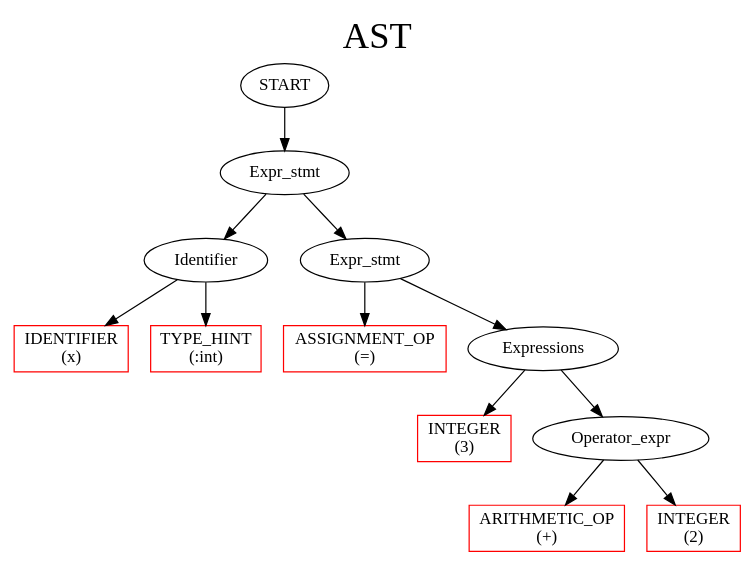
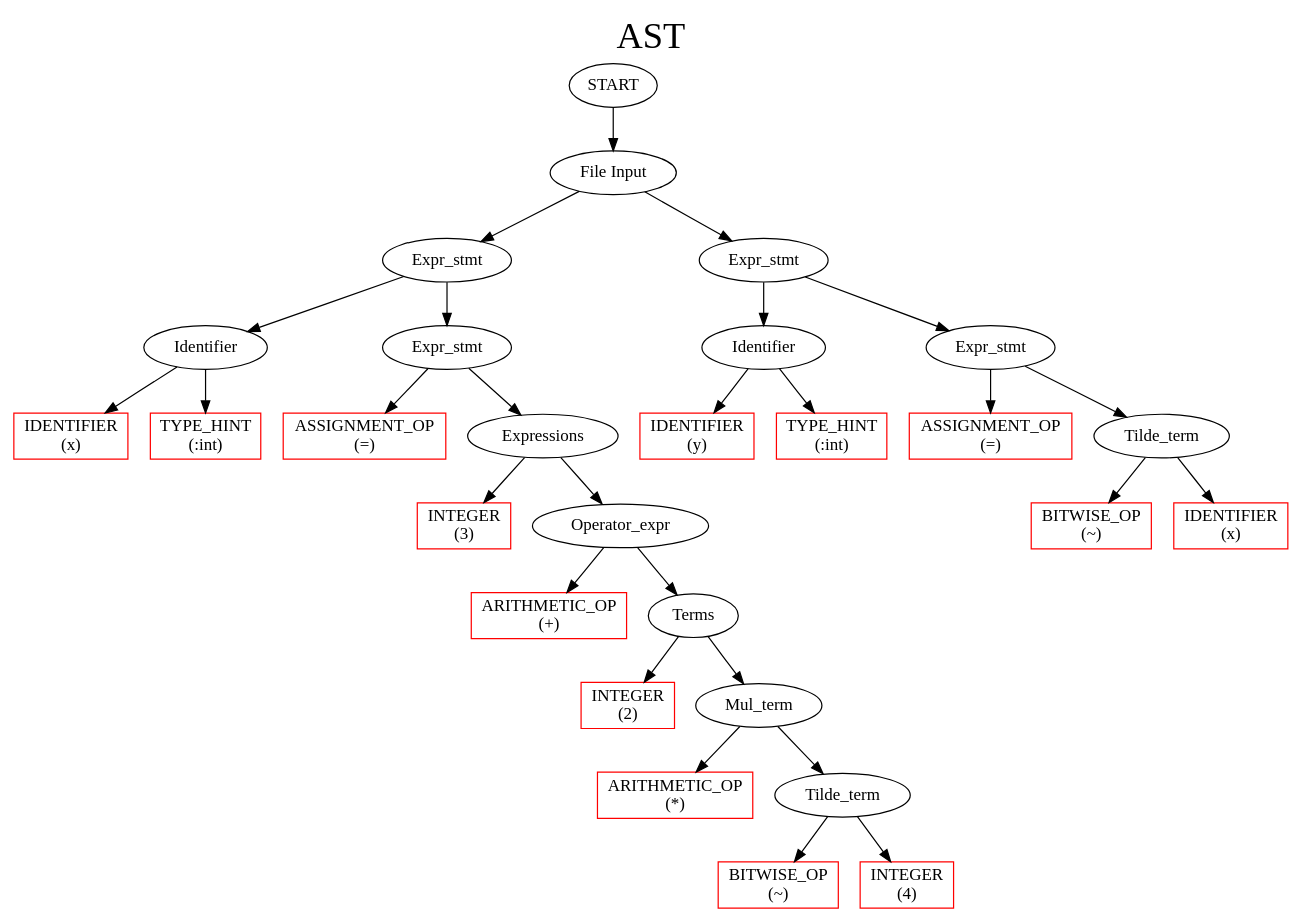
Before and after one commit to depanshu357/CS335-Compiler: the diagram in output.dot, drawn with Graphviz. The commit also changed 4 other files, not shown here.

```diff
--- a/output.dot
+++ b/output.dot
@@ -1,38 +1,78 @@
 digraph G{
 
 label     = "AST"
 fontname  = "Cascadia code"
 fontsize  = 30
 labelloc  = t
 
 node   [ fontname="Cascadia code" ]
-	34		[ style = solid label = "START"  ];
-	34 -> 31
-	31		[ style = solid label = "Expr_stmt"  ];
-	31 -> 2
+	72		[ style = solid label = "START"  ];
+	72 -> 71
+	71		[ style = solid label = "File Input"  ];
+	71 -> 38
+	38		[ style = solid label = "Expr_stmt"  ];
+	38 -> 2
 	2		[ style = solid label = "Identifier"  ];
 	2 -> 0
 	0		[ style = solid label = "IDENTIFIER 
 (x)" color = red shape = rectangle ];
 	2 -> 1
 	1		[ style = solid label = "TYPE_HINT 
 (:int)" color = red shape = rectangle ];
-	31 -> 30
-	30		[ style = solid label = "Expr_stmt"  ];
-	30 -> 3
+	38 -> 37
+	37		[ style = solid label = "Expr_stmt"  ];
+	37 -> 3
 	3		[ style = solid label = "ASSIGNMENT_OP 
 (=)" color = red shape = rectangle ];
-	30 -> 22
-	22		[ style = solid label = "Expressions"  ];
-	22 -> 14
+	37 -> 29
+	29		[ style = solid label = "Expressions"  ];
+	29 -> 14
 	14		[ style = solid label = "INTEGER 
 (3)" color = red shape = rectangle ];
-	22 -> 21
-	21		[ style = solid label = "Operator_expr"  ];
-	21 -> 15
+	29 -> 28
+	28		[ style = solid label = "Operator_expr"  ];
+	28 -> 15
 	15		[ style = solid label = "ARITHMETIC_OP 
 (+)" color = red shape = rectangle ];
-	21 -> 18
+	28 -> 27
+	27		[ style = solid label = "Terms"  ];
+	27 -> 18
 	18		[ style = solid label = "INTEGER 
 (2)" color = red shape = rectangle ];
+	27 -> 25
+	25		[ style = solid label = "Mul_term"  ];
+	25 -> 19
+	19		[ style = solid label = "ARITHMETIC_OP 
+(*)" color = red shape = rectangle ];
+	25 -> 24
+	24		[ style = solid label = "Tilde_term"  ];
+	24 -> 21
+	21		[ style = solid label = "BITWISE_OP 
+(~)" color = red shape = rectangle ];
+	24 -> 22
+	22		[ style = solid label = "INTEGER 
+(4)" color = red shape = rectangle ];
+	71 -> 68
+	68		[ style = solid label = "Expr_stmt"  ];
+	68 -> 42
+	42		[ style = solid label = "Identifier"  ];
+	42 -> 40
+	40		[ style = solid label = "IDENTIFIER 
+(y)" color = red shape = rectangle ];
+	42 -> 41
+	41		[ style = solid label = "TYPE_HINT 
+(:int)" color = red shape = rectangle ];
+	68 -> 67
+	67		[ style = solid label = "Expr_stmt"  ];
+	67 -> 43
+	43		[ style = solid label = "ASSIGNMENT_OP 
+(=)" color = red shape = rectangle ];
+	67 -> 57
+	57		[ style = solid label = "Tilde_term"  ];
+	57 -> 54
+	54		[ style = solid label = "BITWISE_OP 
+(~)" color = red shape = rectangle ];
+	57 -> 55
+	55		[ style = solid label = "IDENTIFIER 
+(x)" color = red shape = rectangle ];
 }
```
